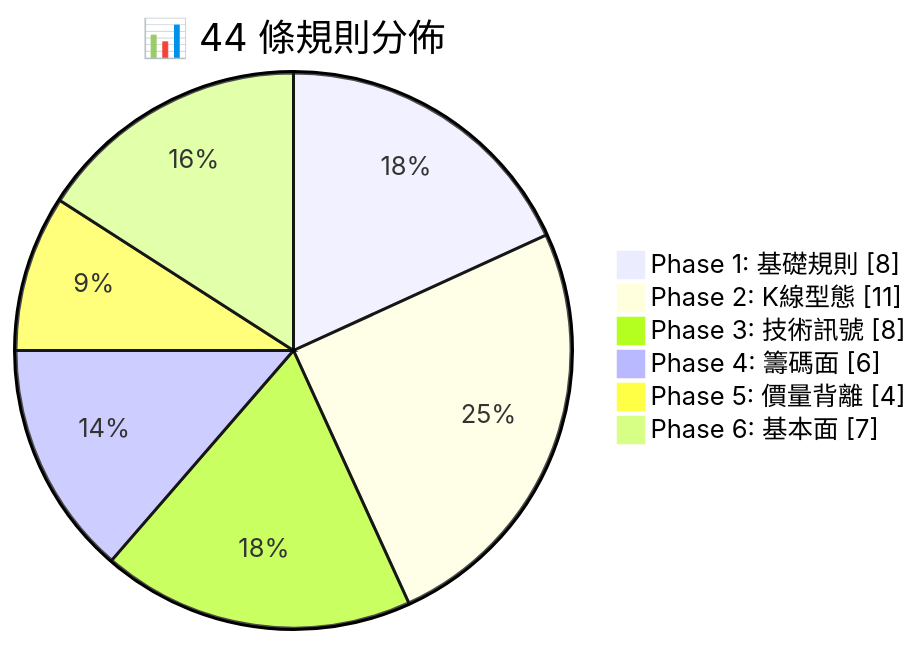
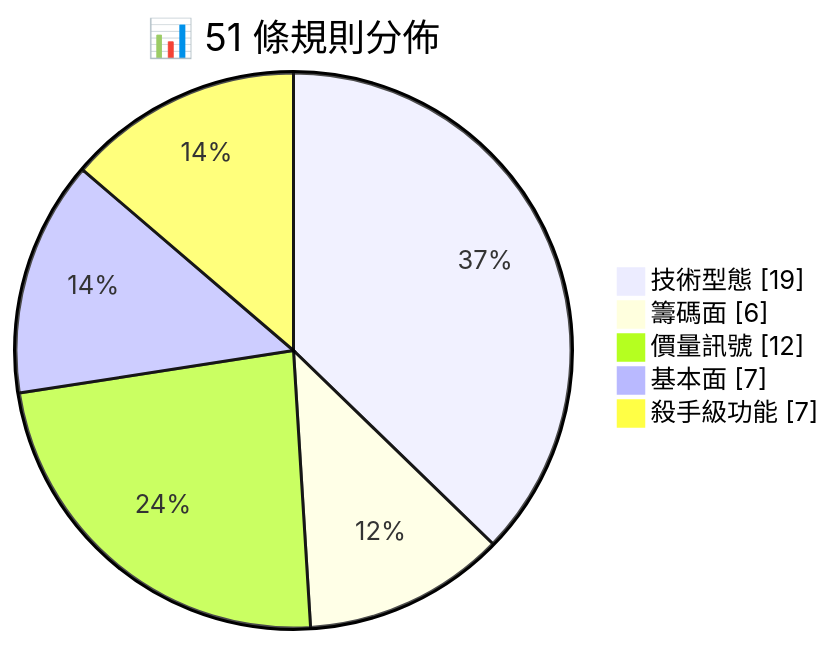
The second of 3 diagrams in docs/RULE_ENGINE.md (Neal75418/afterclose), drawn with Mermaid before and after one commit. The commit also changed other lines of this file and 29 other files, not shown here.

````diff
--- a/docs/RULE_ENGINE.md
+++ b/docs/RULE_ENGINE.md
@@ -50,9 +27,8 @@
 ```mermaid
-pie showData title 📊 44 條規則分佈
-    "Phase 1: 基礎規則" : 8
-    "Phase 2: K線型態" : 11
-    "Phase 3: 技術訊號" : 8
-    "Phase 4: 籌碼面" : 6
-    "Phase 5: 價量背離" : 4
-    "Phase 6: 基本面" : 7
+pie showData title 📊 51 條規則分佈
+    "技術型態" : 19
+    "籌碼面" : 6
+    "價量訊號" : 12
+    "基本面" : 7
+    "殺手級功能" : 7
 ```
````
